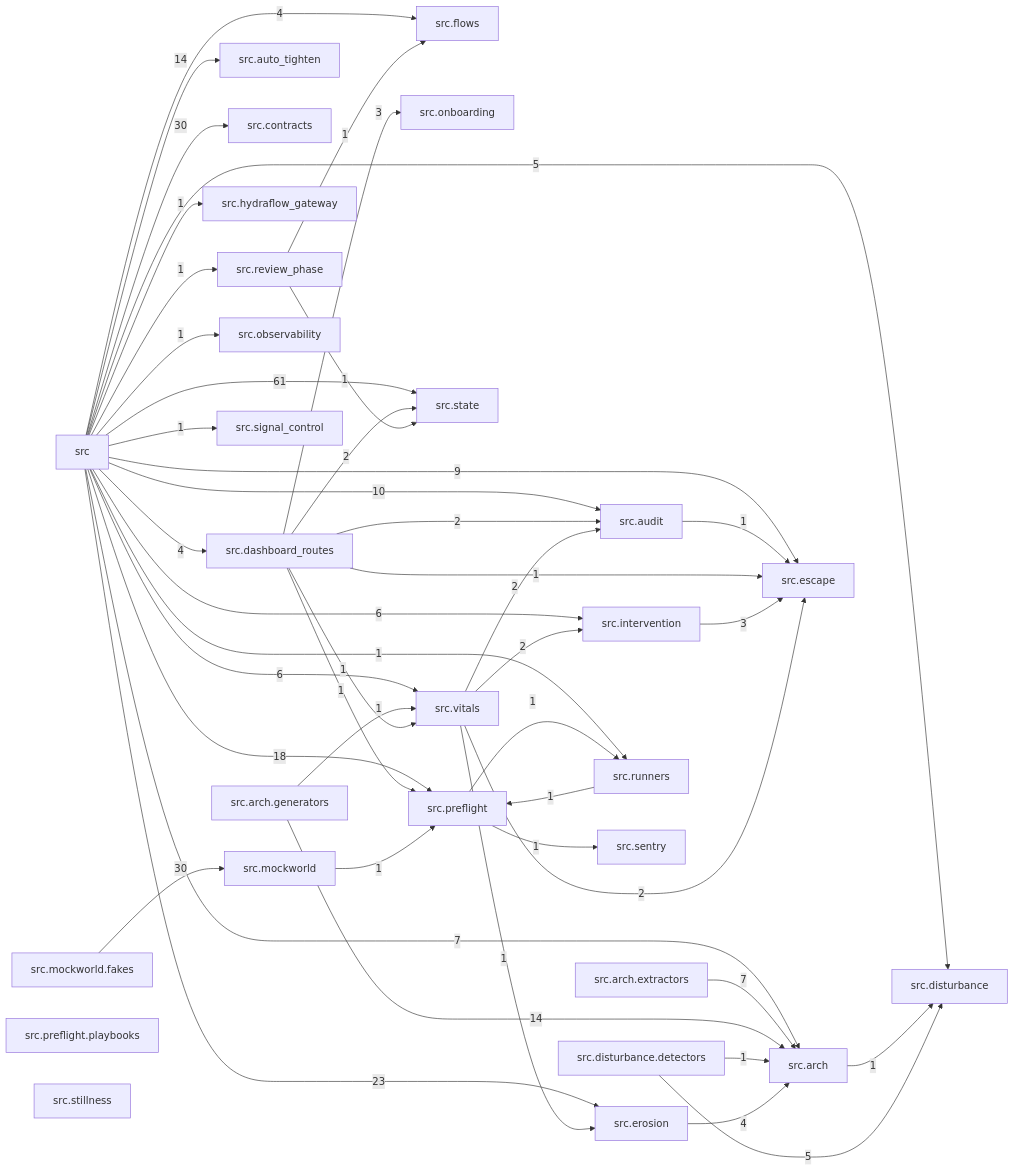
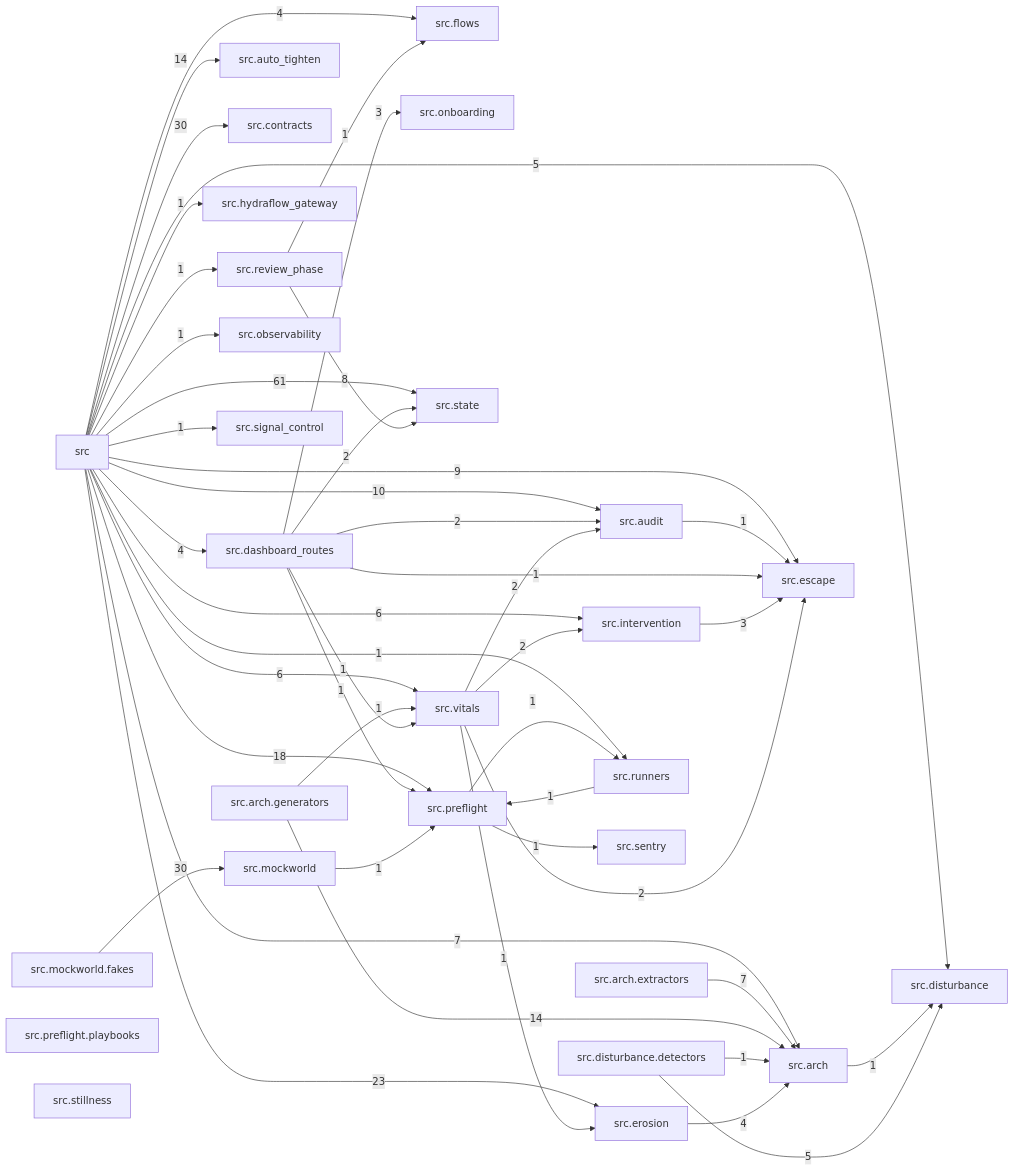
The diagram in docs/arch/generated/modules.md (T-rav/hydraflow), drawn with Mermaid before and after one commit. The commit also changed 44 other files, not shown here.

First line of the commit message:
refactor(pr-manager,review-phase): decompose two god classes below the mass threshold (#11628)

````diff
--- a/docs/arch/generated/modules.md
+++ b/docs/arch/generated/modules.md
@@ -7,75 +7,75 @@
 ```mermaid
 graph LR
     src["src"]
     src_arch["src.arch"]
     src_arch_extractors["src.arch.extractors"]
     src_arch_generators["src.arch.generators"]
     src_audit["src.audit"]
     src_auto_tighten["src.auto_tighten"]
     src_contracts["src.contracts"]
     src_dashboard_routes["src.dashboard_routes"]
     src_disturbance["src.disturbance"]
     src_disturbance_detectors["src.disturbance.detectors"]
     src_erosion["src.erosion"]
     src_escape["src.escape"]
     src_flows["src.flows"]
     src_hydraflow_gateway["src.hydraflow_gateway"]
     src_intervention["src.intervention"]
     src_mockworld["src.mockworld"]
     src_mockworld_fakes["src.mockworld.fakes"]
     src_observability["src.observability"]
     src_onboarding["src.onboarding"]
     src_preflight["src.preflight"]
     src_preflight_playbooks["src.preflight.playbooks"]
     src_review_phase["src.review_phase"]
     src_runners["src.runners"]
     src_sentry["src.sentry"]
     src_signal_control["src.signal_control"]
     src_state["src.state"]
     src_stillness["src.stillness"]
     src_vitals["src.vitals"]
     src -- "7" --> src_arch
     src -- "10" --> src_audit
     src -- "14" --> src_auto_tighten
     src -- "30" --> src_contracts
     src -- "4" --> src_dashboard_routes
     src -- "5" --> src_disturbance
     src -- "23" --> src_erosion
     src -- "9" --> src_escape
     src -- "4" --> src_flows
     src -- "1" --> src_hydraflow_gateway
     src -- "6" --> src_intervention
     src -- "1" --> src_observability
     src -- "18" --> src_preflight
     src -- "1" --> src_review_phase
     src -- "1" --> src_runners
     src -- "1" --> src_signal_control
     src -- "61" --> src_state
     src -- "6" --> src_vitals
     src_arch -- "1" --> src_disturbance
     src_arch_extractors -- "7" --> src_arch
     src_arch_generators -- "14" --> src_arch
     src_arch_generators -- "1" --> src_vitals
     src_audit -- "1" --> src_escape
     src_dashboard_routes -- "2" --> src_audit
     src_dashboard_routes -- "1" --> src_escape
     src_dashboard_routes -- "3" --> src_onboarding
     src_dashboard_routes -- "1" --> src_preflight
     src_dashboard_routes -- "2" --> src_state
     src_dashboard_routes -- "1" --> src_vitals
     src_disturbance_detectors -- "1" --> src_arch
     src_disturbance_detectors -- "5" --> src_disturbance
     src_erosion -- "4" --> src_arch
     src_intervention -- "3" --> src_escape
     src_mockworld -- "1" --> src_preflight
     src_mockworld_fakes -- "30" --> src_mockworld
     src_preflight -- "1" --> src_runners
     src_preflight -- "1" --> src_sentry
     src_review_phase -- "1" --> src_flows
-    src_review_phase -- "1" --> src_state
+    src_review_phase -- "8" --> src_state
     src_runners -- "1" --> src_preflight
     src_vitals -- "2" --> src_audit
     src_vitals -- "1" --> src_erosion
     src_vitals -- "2" --> src_escape
     src_vitals -- "2" --> src_intervention
 ```
````
